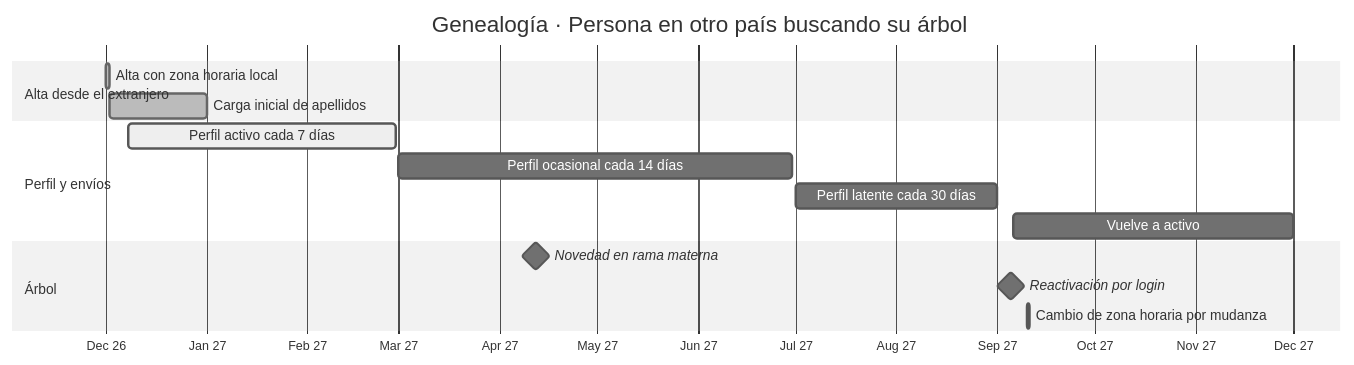
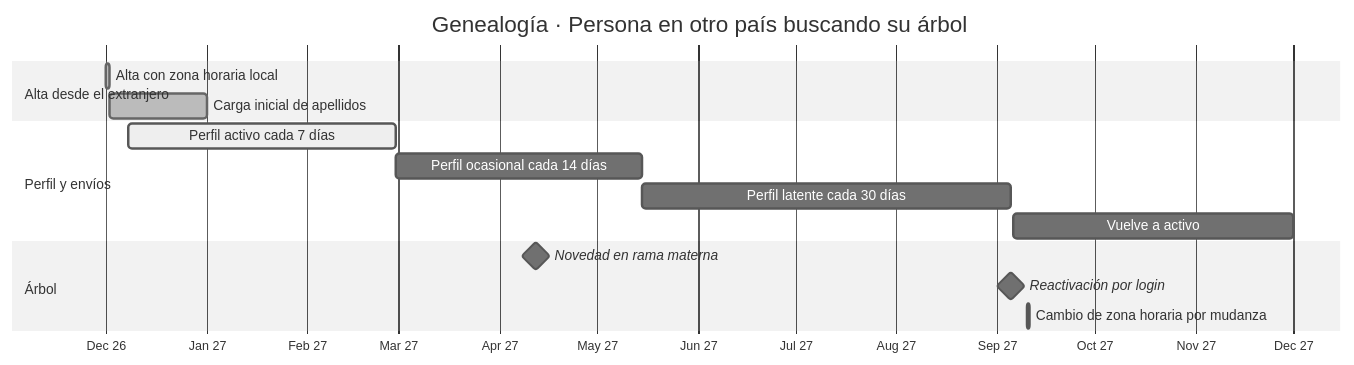
The diagram in newsletter-plugin/docs/gantt/conce-genealogia-otro-pais.md (lol-protocol/php), drawn with Mermaid (neutral theme) before and after one commit. The commit also changed 12 other files, not shown here.

````diff
--- a/newsletter-plugin/docs/gantt/conce-genealogia-otro-pais.md
+++ b/newsletter-plugin/docs/gantt/conce-genealogia-otro-pais.md
@@ -7,18 +7,18 @@
 ```mermaid
 gantt
   title Genealogía · Persona en otro país buscando su árbol
   dateFormat YYYY-MM-DD
   axisFormat %b %y
   section Alta desde el extranjero
   Alta con zona horaria local      :done, g2a, 2026-12-01, 1d
   Carga inicial de apellidos       :done, g2b, 2026-12-02, 30d
   section Perfil y envíos
   Perfil activo cada 7 días        :active, g2c, 2026-12-08, 82d
-  Perfil ocasional cada 14 días    :g2d, 2027-03-01, 121d
-  Perfil latente cada 30 días      :g2e, 2027-07-01, 62d
+  Perfil ocasional cada 14 días    :g2d, 2027-02-28, 76d
+  Perfil latente cada 30 días      :g2e, 2027-05-15, 113d
   Vuelve a activo                  :g2f, 2027-09-06, 86d
   section Árbol
   Novedad en rama materna          :milestone, g2g, 2027-04-12, 0d
   Reactivación por login           :milestone, g2h, 2027-09-05, 0d
   Cambio de zona horaria por mudanza :g2i, 2027-09-10, 1d
 ```
````
